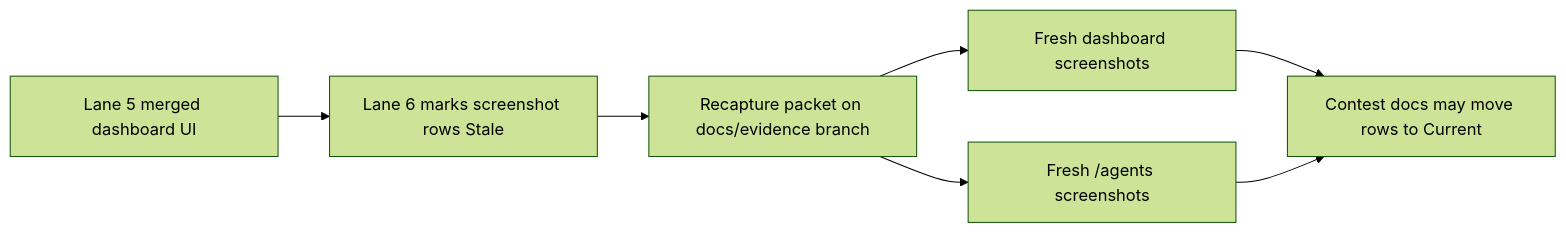
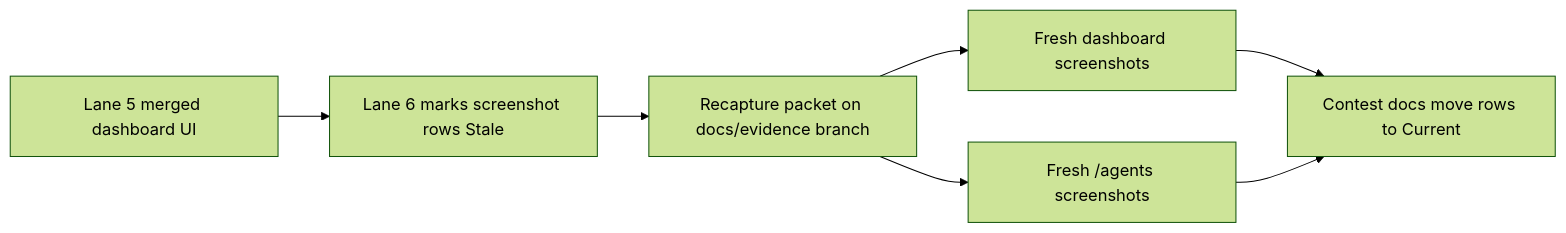
The diagram in docs/superpowers/pr-notes/2026-04-26-ops-evidence-recapture-packet.md (Creative-Science-Contest-2026/Multiagent-learning-platform), drawn with Mermaid (forest theme) before and after one commit. The commit also changed other lines of this file and 11 other files, not shown here.

````diff
--- a/docs/superpowers/pr-notes/2026-04-26-ops-evidence-recapture-packet.md
+++ b/docs/superpowers/pr-notes/2026-04-26-ops-evidence-recapture-packet.md
@@ -13,9 +13,9 @@
 ```mermaid
 flowchart LR
   A["Lane 5 merged dashboard UI"] --> B["Lane 6 marks screenshot rows Stale"]
   B --> C["Recapture packet on docs/evidence branch"]
   C --> D["Fresh dashboard screenshots"]
   C --> E["Fresh /agents screenshots"]
-  D --> F["Contest docs may move rows to Current"]
+  D --> F["Contest docs move rows to Current"]
   E --> F
 ```
````
